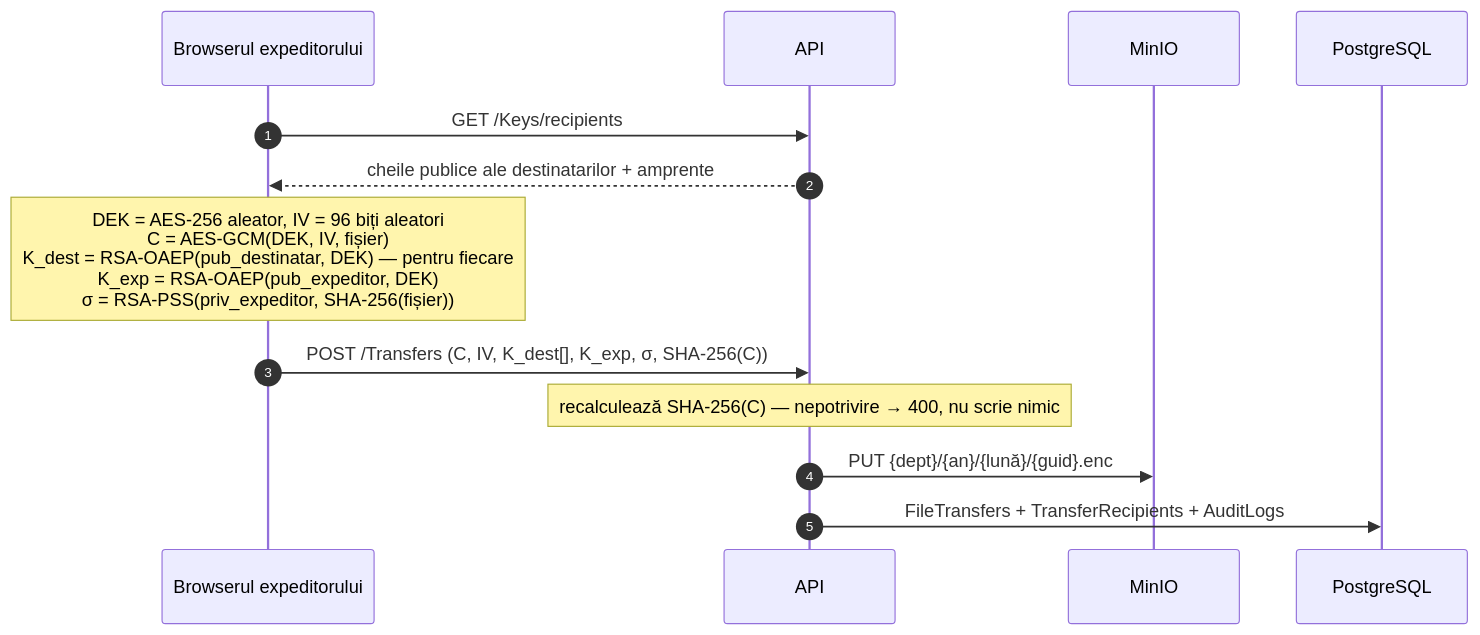
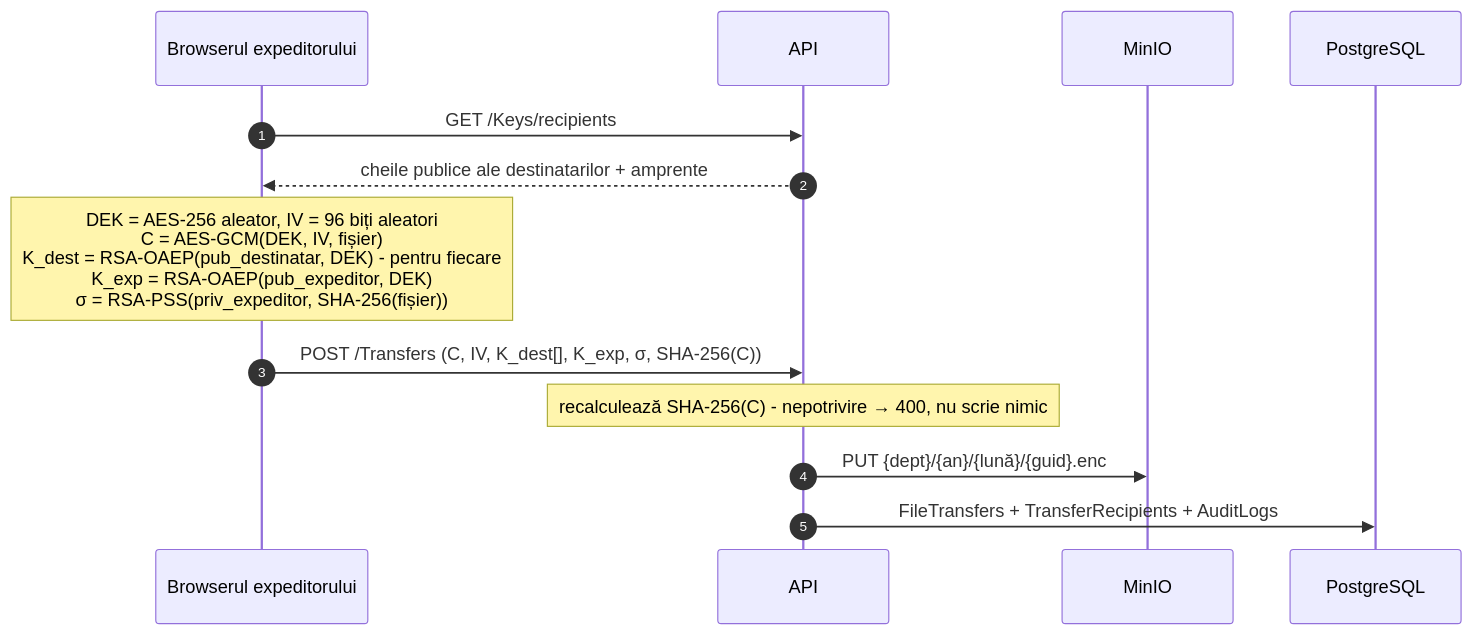
Before and after one commit to Danielus-hehe/mai-secure-platform: the third of 5 diagrams in README.md, drawn with Mermaid. The commit also changed other lines of this file and 66 other files, not shown here.

````diff
--- a/README.md
+++ b/README.md
@@ -237,16 +237,16 @@
 ```mermaid
 sequenceDiagram
     autonumber
     participant BA as Browserul expeditorului
     participant S as API
     participant M as MinIO
     participant DB as PostgreSQL
 
     BA->>S: GET /Keys/recipients
     S-->>BA: cheile publice ale destinatarilor + amprente
-    Note over BA: DEK = AES-256 aleator, IV = 96 biți aleatori<br/>C = AES-GCM(DEK, IV, fișier)<br/>K_dest = RSA-OAEP(pub_destinatar, DEK) — pentru fiecare<br/>K_exp  = RSA-OAEP(pub_expeditor, DEK)<br/>σ = RSA-PSS(priv_expeditor, SHA-256(fișier))
+    Note over BA: DEK = AES-256 aleator, IV = 96 biți aleatori<br/>C = AES-GCM(DEK, IV, fișier)<br/>K_dest = RSA-OAEP(pub_destinatar, DEK) - pentru fiecare<br/>K_exp  = RSA-OAEP(pub_expeditor, DEK)<br/>σ = RSA-PSS(priv_expeditor, SHA-256(fișier))
     BA->>S: POST /Transfers (C, IV, K_dest[], K_exp, σ, SHA-256(C))
-    Note over S: recalculează SHA-256(C) — nepotrivire → 400, nu scrie nimic
+    Note over S: recalculează SHA-256(C) - nepotrivire → 400, nu scrie nimic
     S->>M: PUT {dept}/{an}/{lună}/{guid}.enc
     S->>DB: FileTransfers + TransferRecipients + AuditLogs
 ```
````
